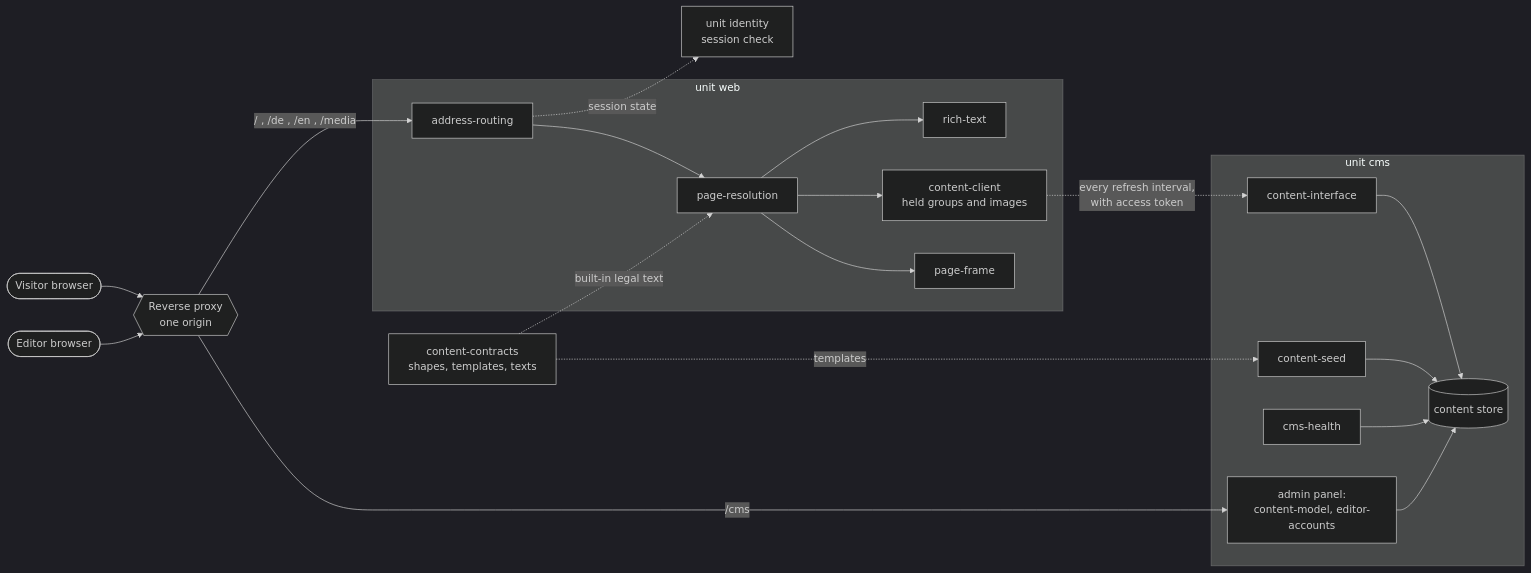
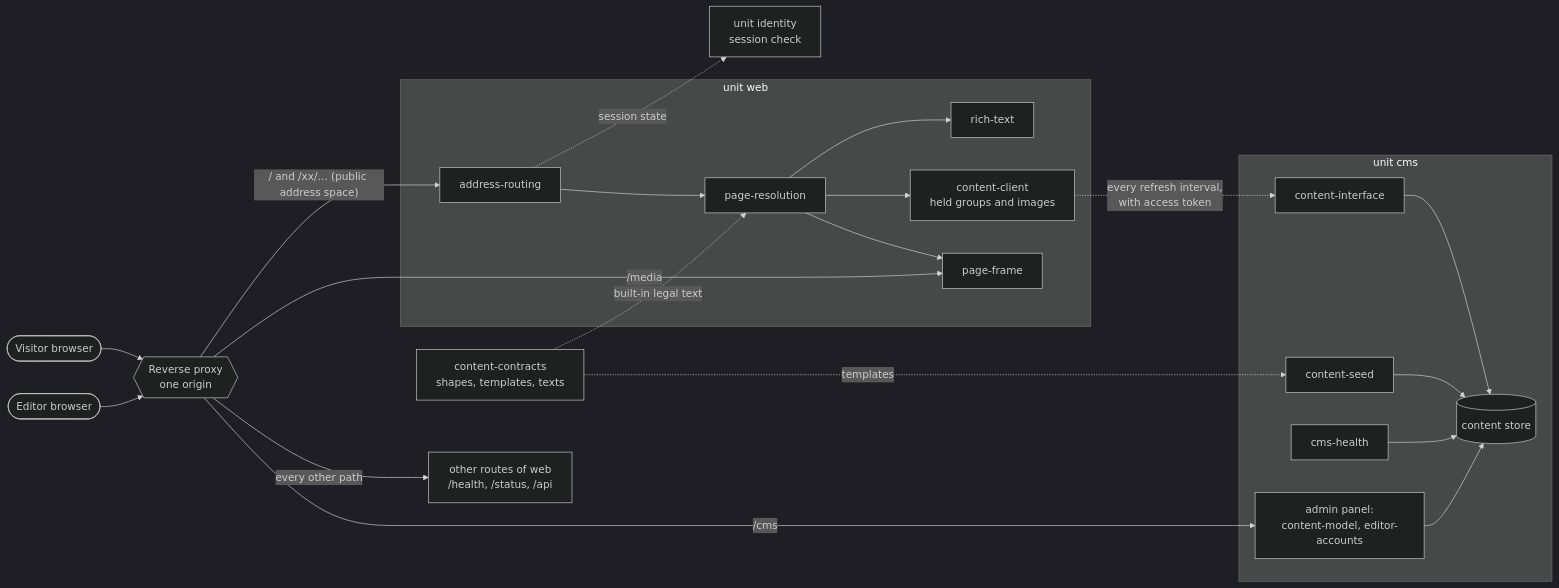
One commit to trutscf1/ITP changed the first of 4 diagrams in documentation/concepts/public-content.md. Above: the diagram before and after it, drawn with Mermaid (dark theme). The commit also changed other lines of this file, not shown here.

First line of the commit message:
docs(cms): limit address routing to the public address space [PUB-E-5]

````diff
--- a/documentation/concepts/public-content.md
+++ b/documentation/concepts/public-content.md
@@ -883,42 +894,45 @@
 ```mermaid
 flowchart LR
     visitor([Visitor browser])
     editor([Editor browser])
     proxy{{Reverse proxy<br/>one origin}}
 
     subgraph webunit["unit web"]
         routing["address-routing"]
         resolution["page-resolution"]
         richtext["rich-text"]
         frame["page-frame"]
         client["content-client<br/>held groups and images"]
     end
 
     subgraph cmsunit["unit cms"]
         panel["admin panel:<br/>content-model, editor-accounts"]
         iface["content-interface"]
         health["cms-health"]
         seed["content-seed"]
         store[(content store)]
     end
 
     identity["unit identity<br/>session check"]
     contracts["content-contracts<br/>shapes, templates, texts"]
 
     visitor --> proxy
     editor --> proxy
-    proxy -- "/ , /de , /en , /media" --> routing
+    others["other routes of web<br/>/health, /status, /api"]
+    proxy -- "/ and /xx/… (public address space)" --> routing
+    proxy -- "/media" --> frame
+    proxy -- "every other path" --> others
     proxy -- "/cms" --> panel
     routing -. "session state" .-> identity
     routing --> resolution
     resolution --> richtext
     resolution --> client
     resolution --> frame
     client -. "every refresh interval,<br/>with access token" .-> iface
     iface --> store
     panel --> store
     seed --> store
     health --> store
     contracts -. "templates" .-> seed
     contracts -. "built-in legal text" .-> resolution
 ```
````
